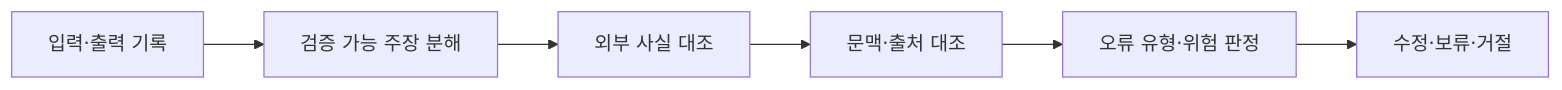
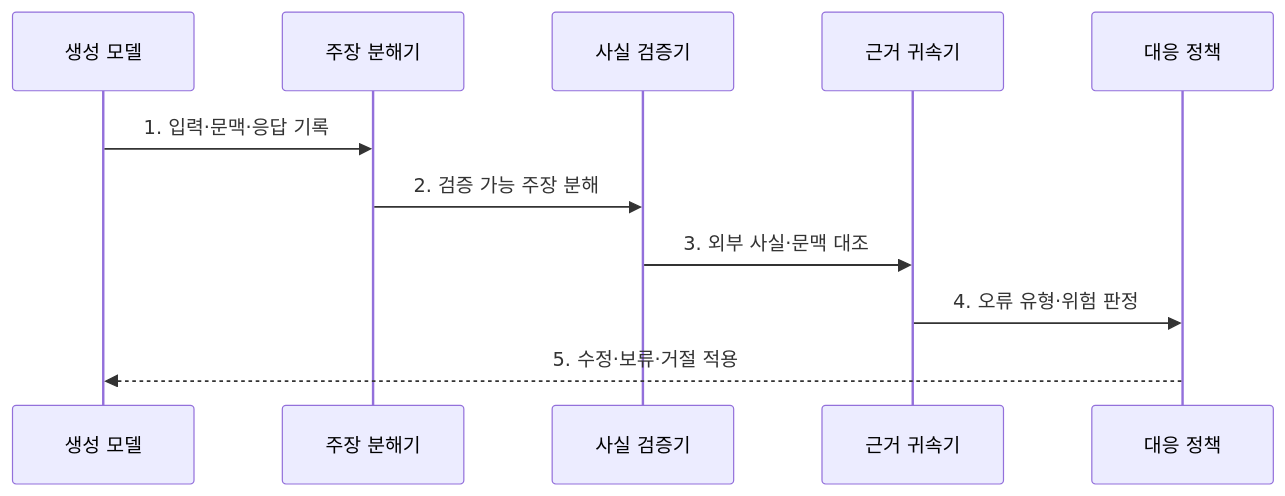
Before and after one commit to agnusdei1207/knowledge-base: the second of 2 diagrams in src/content/docs/notes/08-latest-tech/083_ai_hallucination.md, drawn with Mermaid. The commit also changed other lines of this file and 35 other files, not shown here.

````diff
--- a/src/content/docs/notes/08-latest-tech/083_ai_hallucination.md
+++ b/src/content/docs/notes/08-latest-tech/083_ai_hallucination.md
@@ -75,8 +72,13 @@
 ```mermaid
-flowchart LR
-    A[입력·출력 기록] --> B[검증 가능 주장 분해]
-    B --> C[외부 사실 대조]
-    C --> D[문맥·출처 대조]
-    D --> E[오류 유형·위험 판정]
-    E --> F[수정·보류·거절]
+sequenceDiagram
+    participant M as 생성 모델
+    participant C as 주장 분해기
+    participant F as 사실 검증기
+    participant A as 근거 귀속기
+    participant P as 대응 정책
+    M->>C: 1. 입력·문맥·응답 기록
+    C->>F: 2. 검증 가능 주장 분해
+    F->>A: 3. 외부 사실·문맥 대조
+    A->>P: 4. 오류 유형·위험 판정
+    P-->>M: 5. 수정·보류·거절 적용
 ```
````
